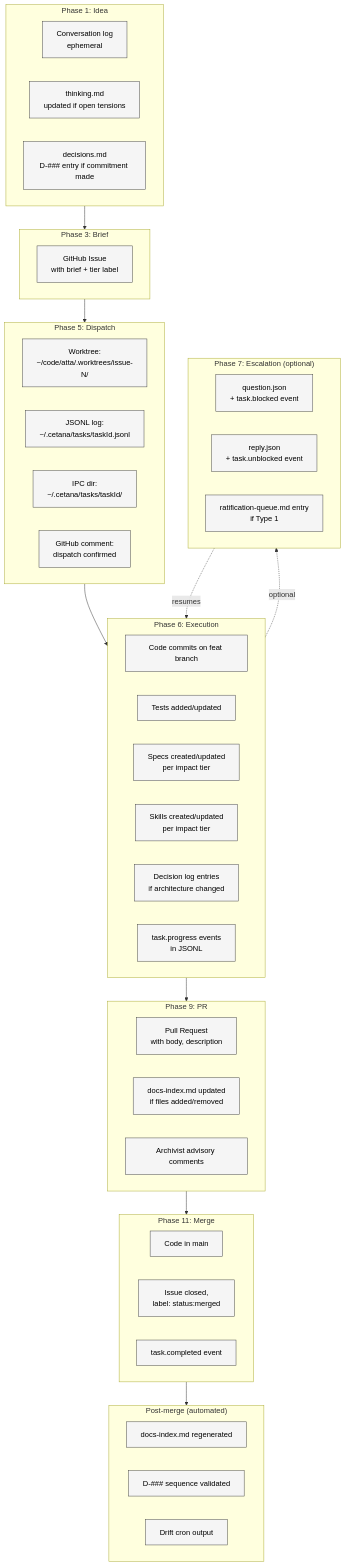
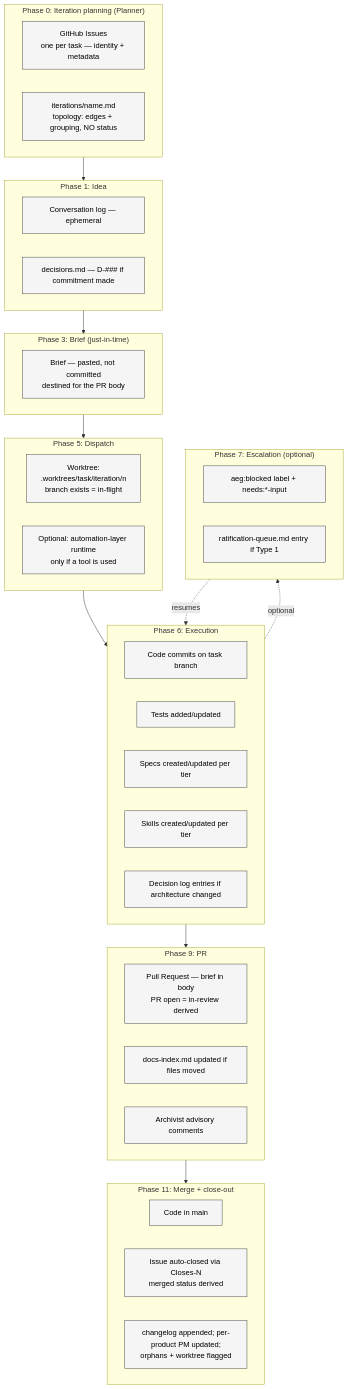
Before and after one commit to atta-labs/attalabs: the third of 6 diagrams in project-management/diagrams/process-flow.md, drawn with Mermaid. The commit also changed other lines of this file, not shown here.

Commit message:
Docs: rewrite process-flow diagram to endorsed design — Phase 0 iteration planning (Planner→Issues+thin file), derived status (no status:* labels), brief into PR body, task/<iteration>/<n>, dispatch gates, explicit code-reviewer+security passes, tool-neutral escalation, Archivist close-out

````diff
--- a/project-management/diagrams/process-flow.md
+++ b/project-management/diagrams/process-flow.md
@@ -160,64 +185,58 @@
 ```mermaid
 flowchart TD
-    subgraph Phase1["Phase 1: Idea"]
-        Conv1[Conversation log<br/>ephemeral]
-        Think1[thinking.md<br/>updated if open tensions]
-        Dec1[decisions.md<br/>D-### entry if commitment made]
+    subgraph Phase0["Phase 0: Iteration planning (Planner)"]
+        IssueSet[GitHub Issues<br/>one per task — identity + metadata]
+        ThinFile[iterations/name.md<br/>topology: edges + grouping, NO status]
     end
 
-    subgraph Phase3["Phase 3: Brief"]
-        Issue[GitHub Issue<br/>with brief + tier label]
+    subgraph Phase1["Phase 1: Idea"]
+        Conv1[Conversation log — ephemeral]
+        Dec1[decisions.md — D-### if commitment made]
+    end
+
+    subgraph Phase3["Phase 3: Brief (just-in-time)"]
+        Brief[Brief — pasted, not committed<br/>destined for the PR body]
     end
 
     subgraph Phase5["Phase 5: Dispatch"]
-        Worktree[Worktree:<br/>~/code/atta/.worktrees/issue-N/]
-        JSONL[JSONL log:<br/>~/.cetana/tasks/taskId.jsonl]
-        IPC[IPC dir:<br/>~/.cetana/tasks/taskId/]
-        Comment1[GitHub comment:<br/>dispatch confirmed]
+        Worktree[Worktree:<br/>.worktrees/task/iteration/n<br/>branch exists = in-flight]
+        ToolRuntime[Optional: automation-layer runtime<br/>only if a tool is used]
     end
 
     subgraph Phase6["Phase 6: Execution"]
-        Code[Code commits on feat branch]
+        Code[Code commits on task branch]
         Tests[Tests added/updated]
-        Specs[Specs created/updated<br/>per impact tier]
-        Skills[Skills created/updated<br/>per impact tier]
-        DecLog[Decision log entries<br/>if architecture changed]
-        Progress[task.progress events<br/>in JSONL]
+        Specs[Specs created/updated per tier]
+        Skills[Skills created/updated per tier]
+        DecLog[Decision log entries if architecture changed]
     end
 
     subgraph Phase7["Phase 7: Escalation (optional)"]
-        Question[question.json<br/>+ task.blocked event]
-        Reply[reply.json<br/>+ task.unblocked event]
-        QueueEntry[ratification-queue.md entry<br/>if Type 1]
+        BlockedLabel[aeg:blocked label + needs:*-input]
+        QueueEntry[ratification-queue.md entry if Type 1]
     end
 
     subgraph Phase9["Phase 9: PR"]
-        PR[Pull Request<br/>with body, description]
-        DocsIndex[docs-index.md updated<br/>if files added/removed]
+        PR[Pull Request — brief in body<br/>PR open = in-review derived]
+        DocsIndex[docs-index.md updated if files moved]
         AdvisoryComment[Archivist advisory comments]
     end
 
-    subgraph Phase11["Phase 11: Merge"]
+    subgraph Phase11["Phase 11: Merge + close-out"]
         Main[Code in main]
-        Closed[Issue closed,<br/>label: status:merged]
-        Completed[task.completed event]
+        Closed[Issue auto-closed via Closes-N<br/>merged status derived]
+        CloseOut[changelog appended; per-product PM updated;<br/>orphans + worktree flagged]
     end
 
-    subgraph PostMerge["Post-merge (automated)"]
-        IndexRegen[docs-index.md regenerated]
-        SeqValid[D-### sequence validated]
-        DriftCron[Drift cron output]
-    end
-
+    Phase0 --> Phase1
     Phase1 --> Phase3
     Phase3 --> Phase5
     Phase5 --> Phase6
     Phase6 -.optional.-> Phase7
     Phase7 -.resumes.-> Phase6
     Phase6 --> Phase9
     Phase9 --> Phase11
-    Phase11 --> PostMerge
 
     classDef phaseBox fill:#f5f5f5,stroke:#424242,color:#000
-    class Conv1,Think1,Dec1,Issue,Worktree,JSONL,IPC,Comment1,Code,Tests,Specs,Skills,DecLog,Progress,Question,Reply,QueueEntry,PR,DocsIndex,AdvisoryComment,Main,Closed,Completed,IndexRegen,SeqValid,DriftCron phaseBox
+    class IssueSet,ThinFile,Conv1,Dec1,Brief,Worktree,ToolRuntime,Code,Tests,Specs,Skills,DecLog,BlockedLabel,QueueEntry,PR,DocsIndex,AdvisoryComment,Main,Closed,CloseOut phaseBox
 ```
````
